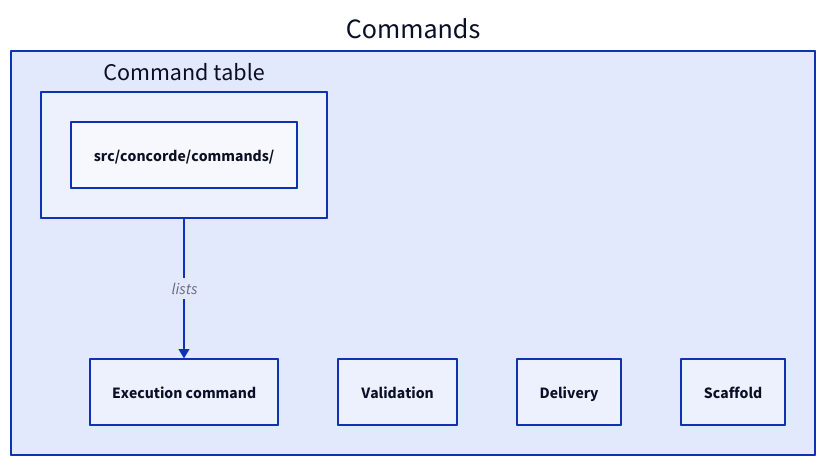
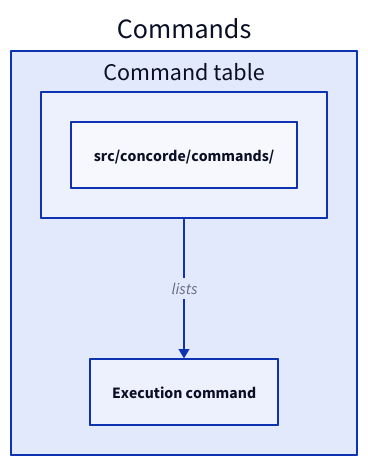
Before and after one commit to FTOD/concorde: the first of 2 diagrams in specs/concorde/execution/commands/module.md, drawn with D2. The commit also changed other lines of this file and 109 other files, not shown here.

````diff
--- a/specs/concorde/execution/commands/module.md
+++ b/specs/concorde/execution/commands/module.md
@@ -74,12 +64,9 @@
 ```d2
 commands: Commands {
   command: Execution command
   table: Command table {
     "src/concorde/commands/"
   }
-  validation: Validation
-  delivery: Delivery
-  scaffold: Scaffold
   table -> command: lists
 }
 ```
````
